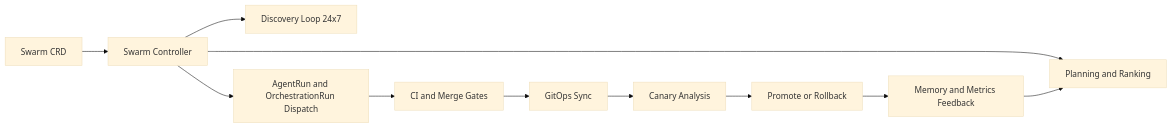
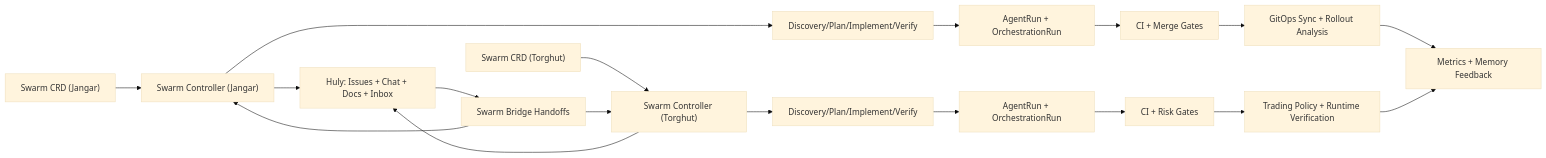
Before and after one commit to proompteng/lab: the diagram in docs/agents/designs/jangar-swarm-intelligence-owner-serving.md, drawn with Mermaid (base theme). The commit also changed other lines of this file and 13 other files, not shown here.

Commit message:
feat(agents): operationalize always-on swarm handoff via huly

````diff
--- a/docs/agents/designs/jangar-swarm-intelligence-owner-serving.md
+++ b/docs/agents/designs/jangar-swarm-intelligence-owner-serving.md
@@ -515,13 +680,20 @@
 ```mermaid
 flowchart LR
-  A[Swarm CRD] --> B[Swarm Controller]
-  B --> C[Discovery Loop 24x7]
-  B --> D[Planning and Ranking]
-  B --> E[AgentRun and OrchestrationRun Dispatch]
-  E --> F[CI and Merge Gates]
-  F --> G[GitOps Sync]
-  G --> H[Canary Analysis]
-  H --> I[Promote or Rollback]
-  I --> J[Memory and Metrics Feedback]
-  J --> D
+  A["Swarm CRD (Jangar)"] --> B["Swarm Controller (Jangar)"]
+  A2["Swarm CRD (Torghut)"] --> B2["Swarm Controller (Torghut)"]
+  B --> C["Discovery/Plan/Implement/Verify"]
+  B2 --> C2["Discovery/Plan/Implement/Verify"]
+  C --> E["AgentRun + OrchestrationRun"]
+  C2 --> E2["AgentRun + OrchestrationRun"]
+  E --> F["CI + Merge Gates"]
+  E2 --> F2["CI + Risk Gates"]
+  F --> G["GitOps Sync + Rollout Analysis"]
+  F2 --> G2["Trading Policy + Runtime Verification"]
+  B --> H["Huly: Issues + Chat + Docs + Inbox"]
+  B2 --> H
+  H --> I["Swarm Bridge Handoffs"]
+  I --> B
+  I --> B2
+  G --> J["Metrics + Memory Feedback"]
+  G2 --> J
 ```
````
